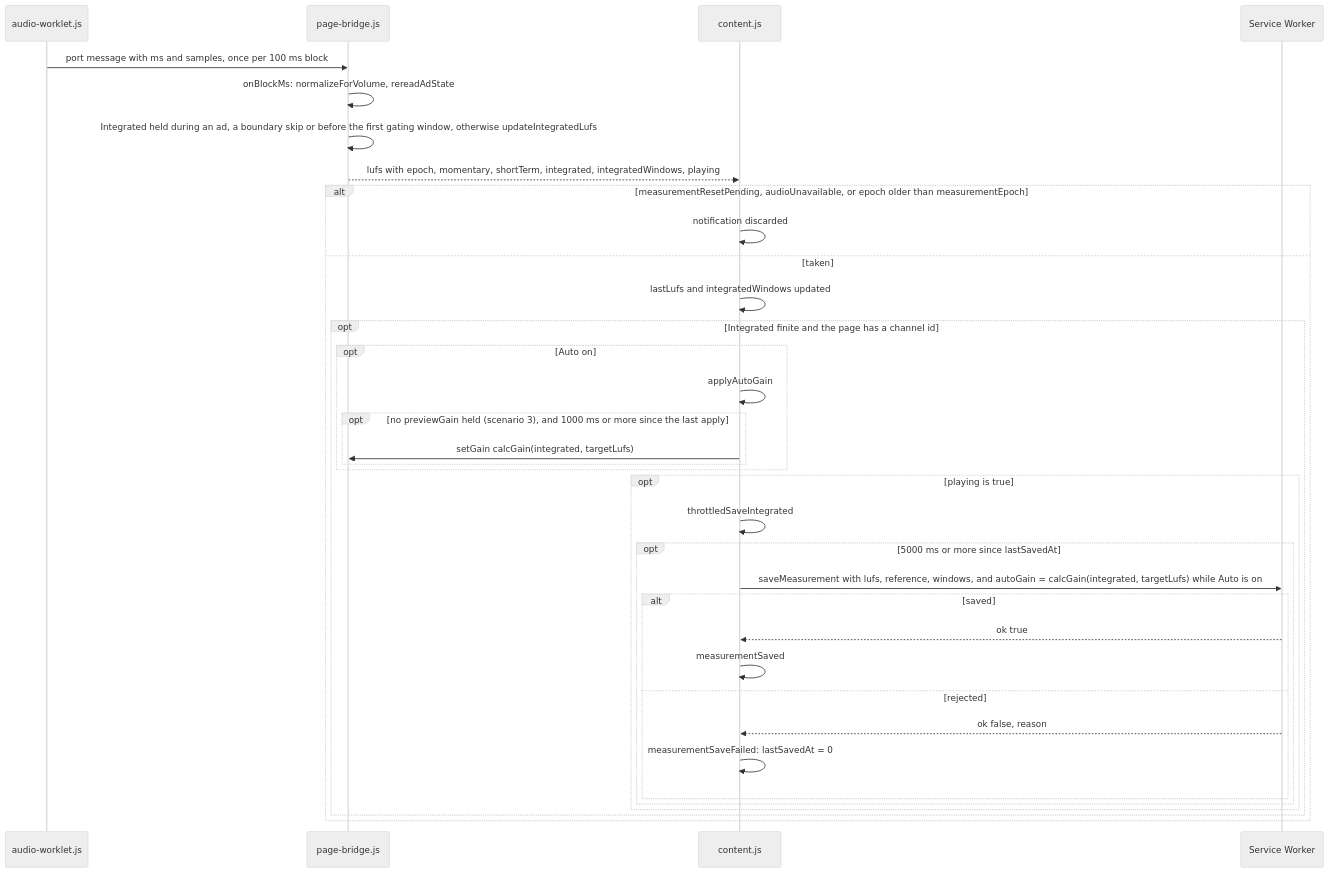
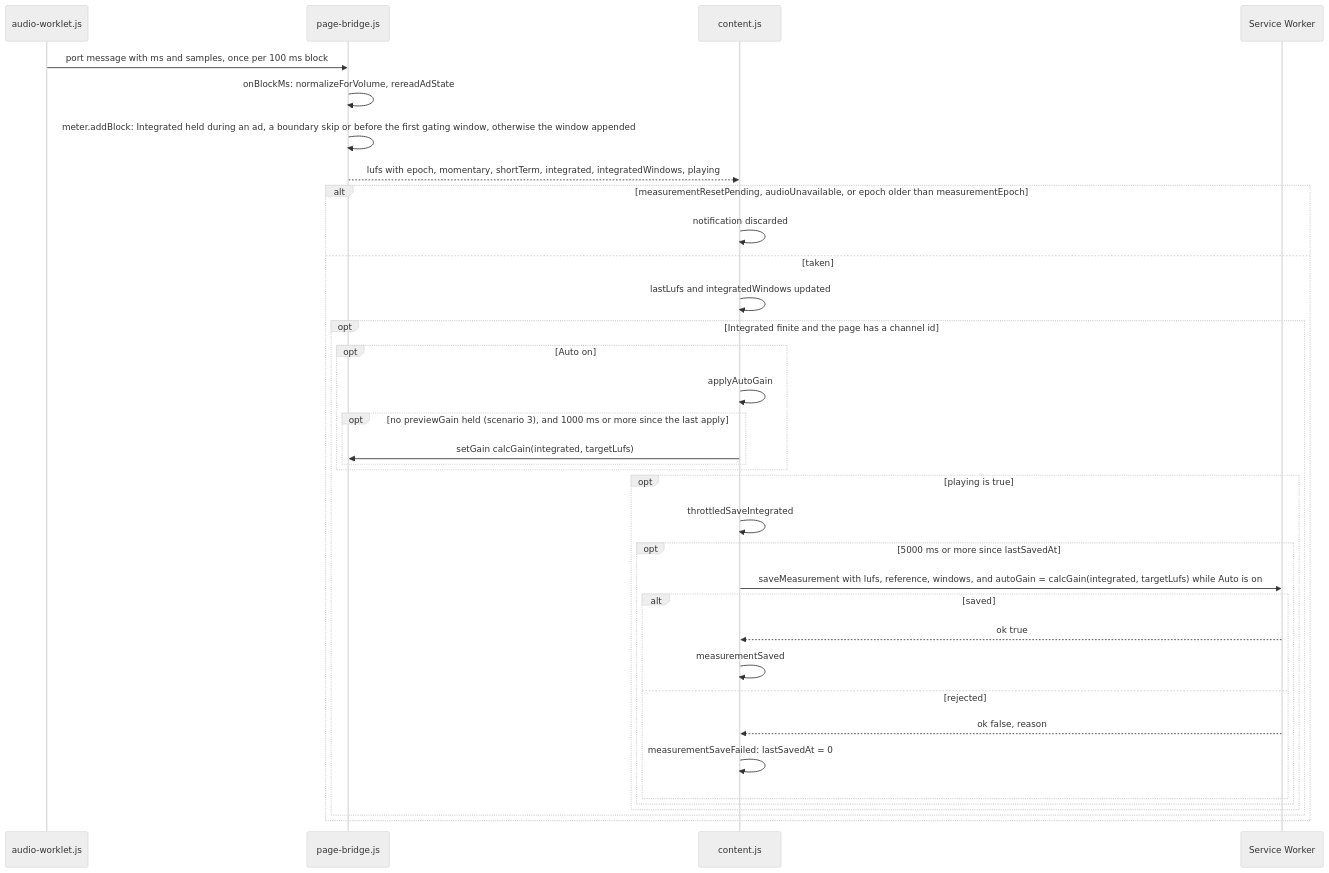
The eighth of 17 diagrams in docs/gain-change-and-save.md (semnil/twitch-channel-volume), drawn with Mermaid (neutral theme) before and after one commit. The commit also changed other lines of this file and 7 other files, not shown here.

Commit message:
refactor: measure through core/loudness.js's meter, loaded ahead of the page bridge, keeping the ad logic here

````diff
--- a/docs/gain-change-and-save.md
+++ b/docs/gain-change-and-save.md
@@ -371,37 +371,37 @@
 ```mermaid
 sequenceDiagram
   participant worklet as audio-worklet.js
   participant bridge as page-bridge.js
   participant content as content.js
   participant sw as Service Worker
   worklet->>bridge: port message with ms and samples, once per 100 ms block
   bridge->>bridge: onBlockMs: normalizeForVolume, rereadAdState
-  bridge->>bridge: Integrated held during an ad, a boundary skip or before the first gating window, otherwise updateIntegratedLufs
+  bridge->>bridge: meter.addBlock: Integrated held during an ad, a boundary skip or before the first gating window, otherwise the window appended
   bridge-->>content: lufs with epoch, momentary, shortTerm, integrated, integratedWindows, playing
   alt measurementResetPending, audioUnavailable, or epoch older than measurementEpoch
     content->>content: notification discarded
   else taken
     content->>content: lastLufs and integratedWindows updated
     opt Integrated finite and the page has a channel id
       opt Auto on
         content->>content: applyAutoGain
         opt no previewGain held (scenario 3), and 1000 ms or more since the last apply
           content->>bridge: setGain calcGain(integrated, targetLufs)
         end
       end
       opt playing is true
         content->>content: throttledSaveIntegrated
         opt 5000 ms or more since lastSavedAt
           content->>sw: saveMeasurement with lufs, reference, windows, and autoGain = calcGain(integrated, targetLufs) while Auto is on
           alt saved
             sw-->>content: ok true
             content->>content: measurementSaved
           else rejected
             sw-->>content: ok false, reason
             content->>content: measurementSaveFailed: lastSavedAt = 0
           end
         end
       end
     end
   end
 ```
````
